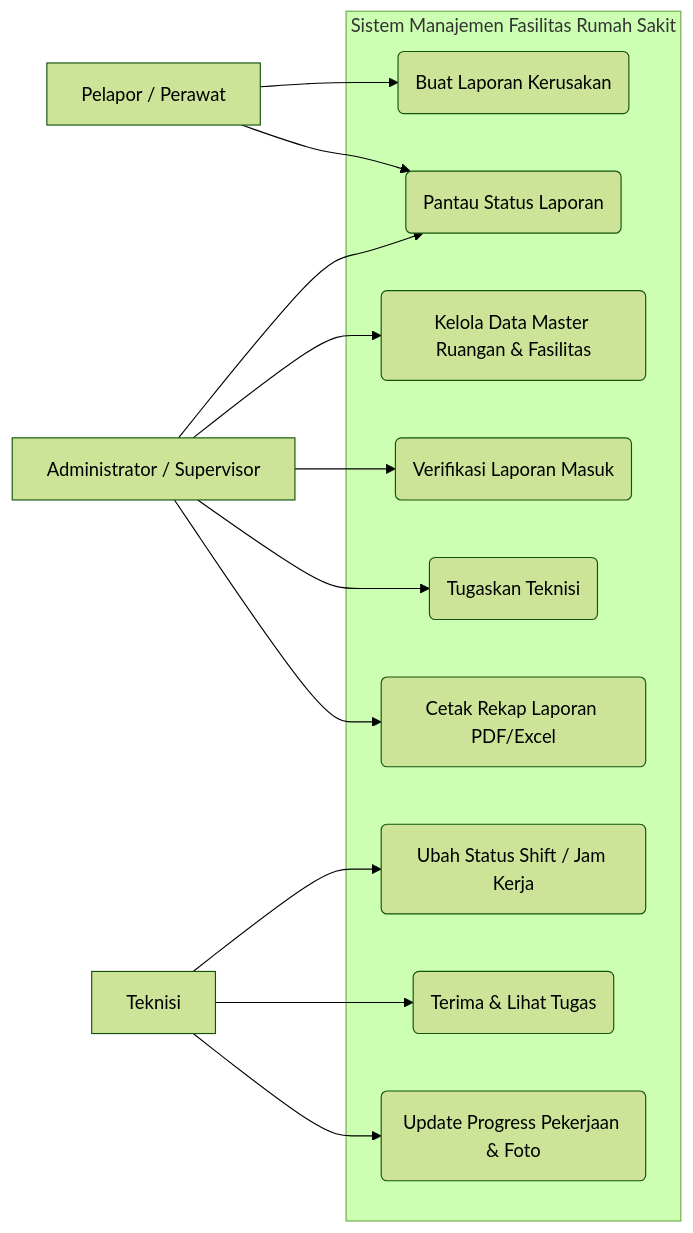
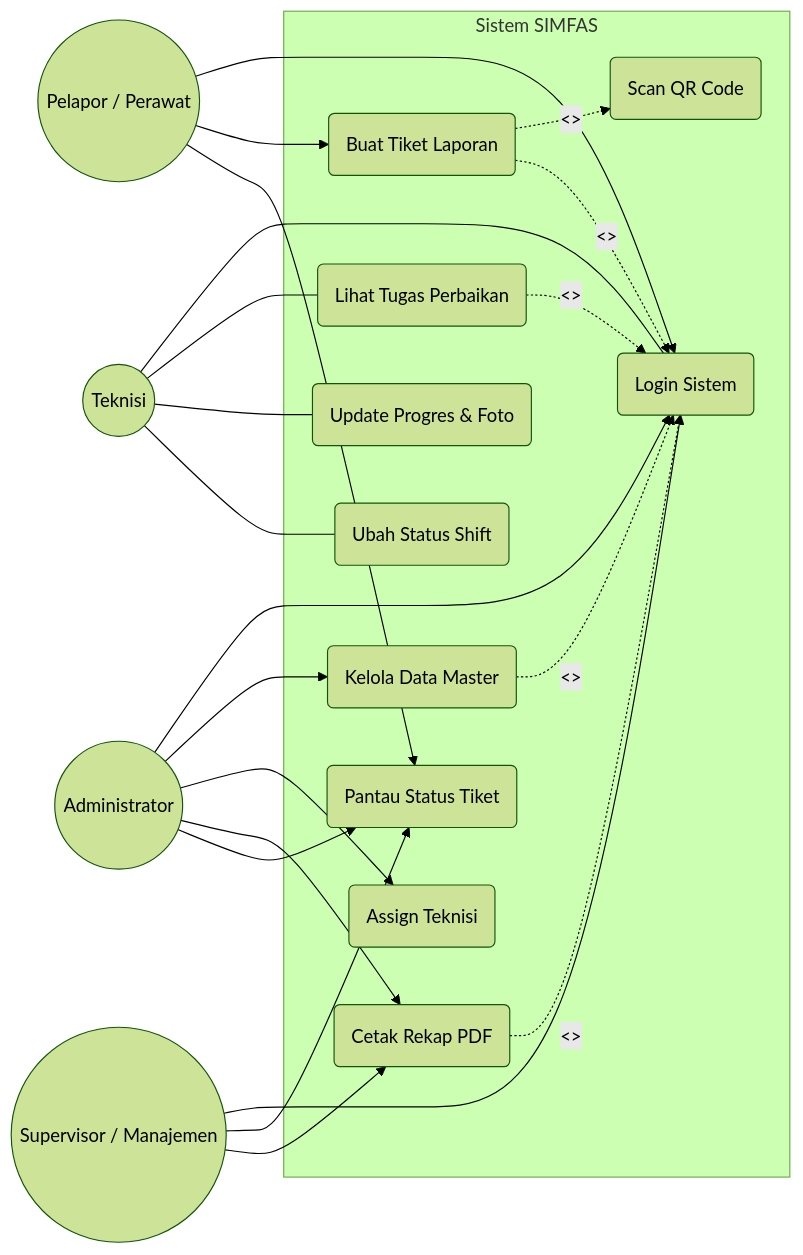
The first of 3 diagrams in DOKUMENTASI_SISTEM.md (adiprasetyo045/simfas-rsu-kendal), drawn with Mermaid (forest theme) before and after one commit. The commit also changed other lines of this file and 2 other files, not shown here.

````diff
--- a/DOKUMENTASI_SISTEM.md
+++ b/DOKUMENTASI_SISTEM.md
@@ -10,39 +10,52 @@
 ```mermaid
 flowchart LR
-    %% Definisi Aktor
-    P[Pelapor / Perawat]
-    A[Administrator / Supervisor]
-    T[Teknisi]
+    %% Actors
+    Pelapor((Pelapor / Perawat))
+    Teknisi((Teknisi))
+    Admin((Administrator))
+    Supervisor((Supervisor / Manajemen))
 
-    %% Sistem Boundary
-    subgraph Sistem Manajemen Fasilitas Rumah Sakit
-        %% Use Case Pelapor
-        UC1(Buat Laporan Kerusakan)
-        UC2(Pantau Status Laporan)
+    %% Use Cases
+    subgraph Sistem SIMFAS
+        UC1(Login Sistem)
         
-        %% Use Case Admin
-        UC3(Kelola Data Master Ruangan & Fasilitas)
-        UC4(Verifikasi Laporan Masuk)
-        UC5(Tugaskan Teknisi)
-        UC6(Cetak Rekap Laporan PDF/Excel)
+        UC2(Buat Tiket Laporan)
+        UC2_1(Scan QR Code)
         
-        %% Use Case Teknisi
-        UC7(Ubah Status Shift / Jam Kerja)
-        UC8(Terima & Lihat Tugas)
-        UC9(Update Progress Pekerjaan & Foto)
+        UC3(Pantau Status Tiket)
+        UC4(Lihat Tugas Perbaikan)
+        UC5(Update Progres & Foto)
+        UC6(Kelola Data Master)
+        UC7(Assign Teknisi)
+        UC8(Cetak Rekap PDF)
+        
+        UC9(Ubah Status Shift)
     end
 
-    %% Hubungan Aktor ke Use Case
-    P --> UC1
-    P --> UC2
+    %% Actor to Use Case Associations
+    Pelapor --> UC1
+    Pelapor --> UC2
+    Pelapor --> UC3
 
-    A --> UC3
-    A --> UC4
-    A --> UC5
-    A --> UC6
-    A --> UC2
+    Teknisi --- UC1
+    Teknisi --- UC4
+    Teknisi --- UC5
+    Teknisi --- UC9
 
-    T --> UC7
-    T --> UC8
-    T --> UC9
+    Admin --> UC1
+    Admin --> UC6
+    Admin --> UC7
+    Admin --> UC8
+    Admin --> UC3
+
+    Supervisor --> UC1
+    Supervisor --> UC3
+    Supervisor --> UC8
+
+    %% Include and Extend Relationships (UML Standard)
+    UC2 -.->|<<extend>>| UC2_1
+    UC2 -.->|<<include>>| UC1
+    UC4 -.->|<<include>>| UC1
+    UC6 -.->|<<include>>| UC1
+    UC8 -.->|<<include>>| UC1
 ```
````
